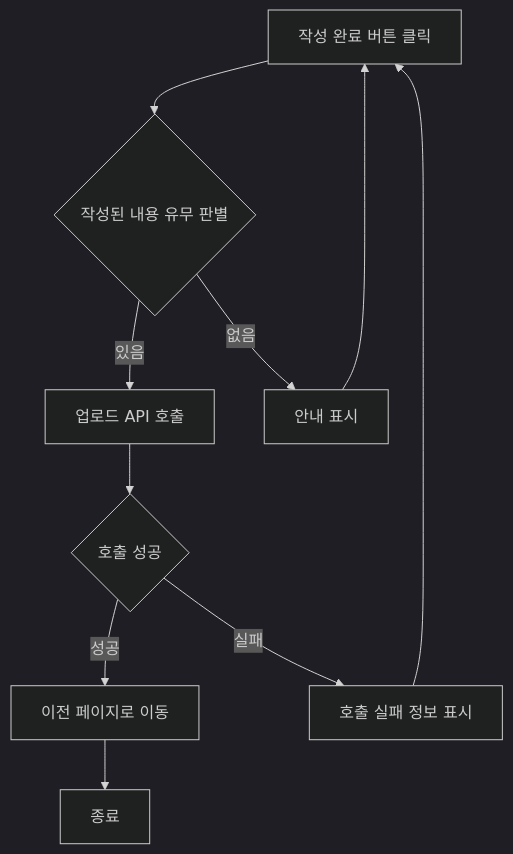
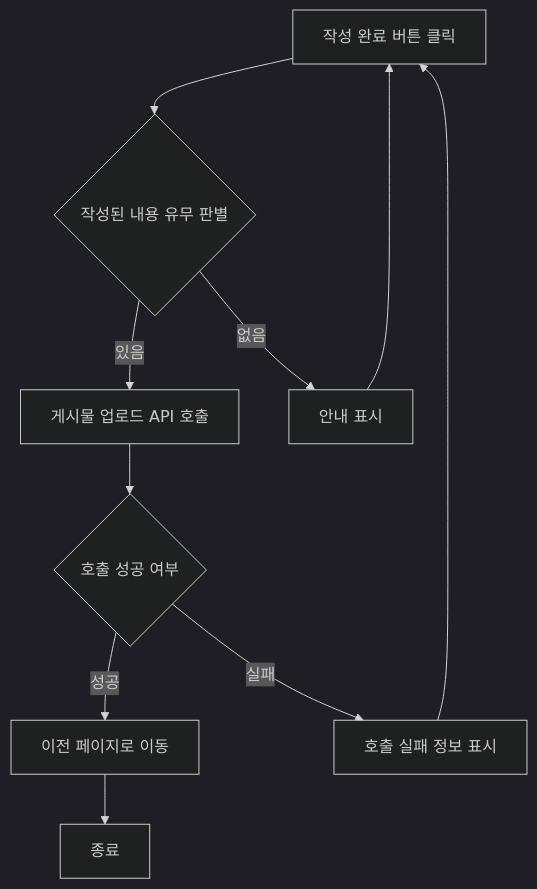
One commit to Dev-FE-2/3_swim_diary changed diagram 26 of 40 in design/기능정의서.md. Above: the diagram before and after it, drawn with Mermaid (dark theme). The commit also changed other lines of this file and 1 other file, not shown here.

````diff
--- a/design/기능정의서.md
+++ b/design/기능정의서.md
@@ -90,11 +576,11 @@
     ```mermaid
     flowchart TD
     F[작성 완료 버튼 클릭]
     G[종료]
     F --> F1{작성된 내용 유무 판별}
-    F1 -- 있음 --> F3[업로드 API 호출]
-    F3 --> F6{호출 성공}
+    F1 -- 있음 --> F3[게시물 업로드 API 호출]
+    F3 --> F6{호출 성공 여부}
     F6 -- 성공 --> F5[이전 페이지로 이동] --> G
     F6 -- 실패 --> F4[호출 실패 정보 표시] --> F
     F1 -- 없음 --> F2[안내 표시] --> F
     ```
````
